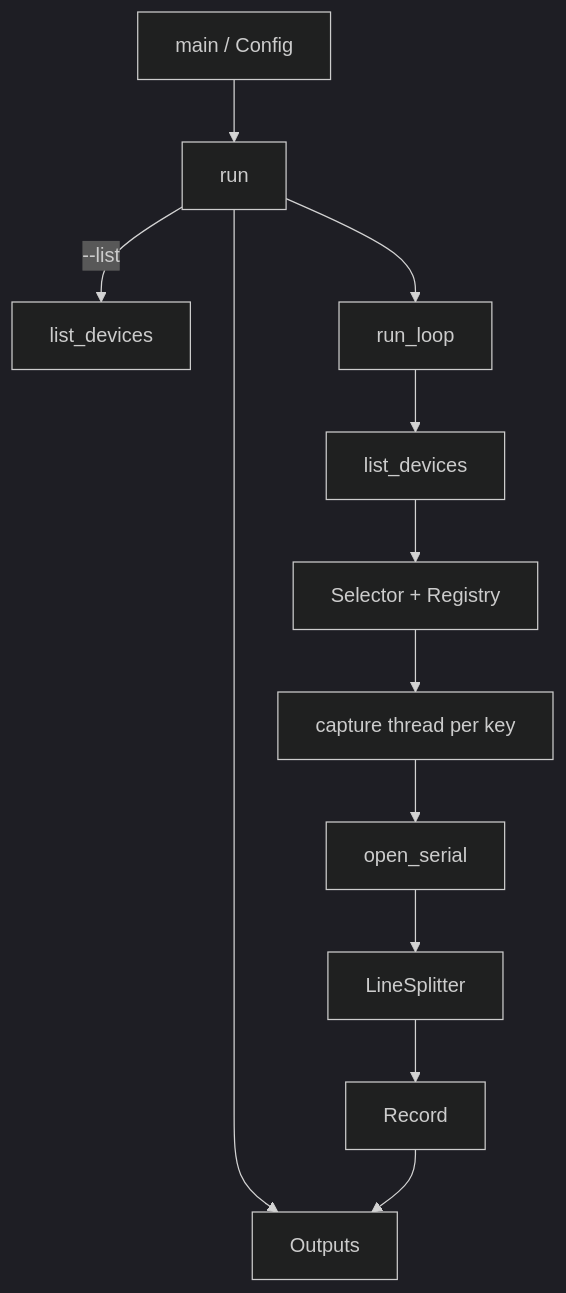
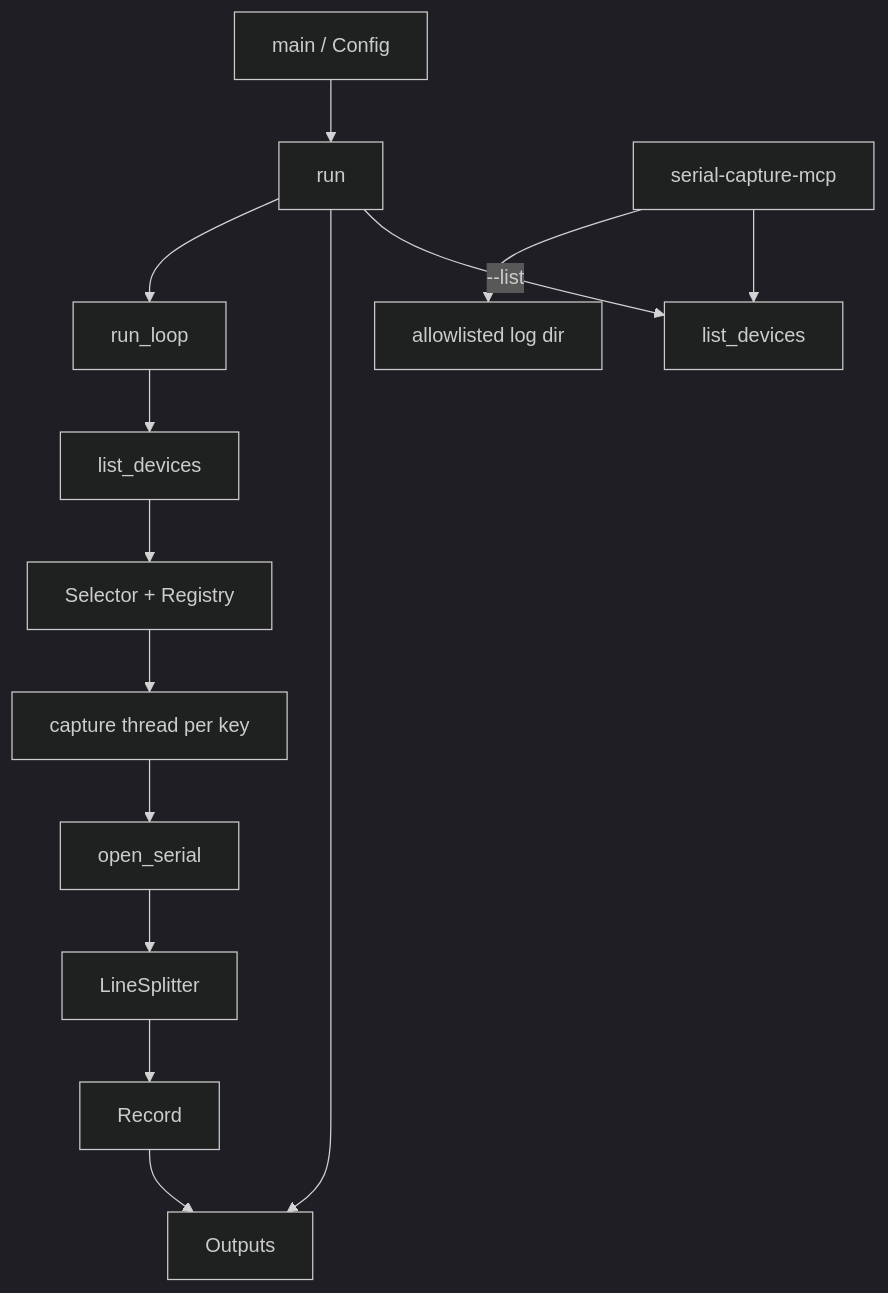
Before and after one commit to brianlechthaler/serial_capture: the diagram in docs/architecture.md, drawn with Mermaid (dark theme). The commit also changed other lines of this file and 19 other files, not shown here.

Commit message:
Add a read-only MCP server so agents can query serial logs without capturing devices.

````diff
--- a/docs/architecture.md
+++ b/docs/architecture.md
@@ -14,14 +15,16 @@
 ```mermaid
 flowchart TD
   CLI[main / Config] --> Run[run]
   Run -->|--list| List[list_devices]
   Run --> Out[Outputs]
   Run --> Loop[run_loop]
   Loop --> Scan[list_devices]
   Scan --> Sel[Selector + Registry]
   Sel --> Thread[capture thread per key]
   Thread --> Port[open_serial]
   Port --> Split[LineSplitter]
   Split --> Rec[Record]
   Rec --> Out
+  MCP[serial-capture-mcp] --> List
+  MCP --> Logs[allowlisted log dir]
 ```
````
